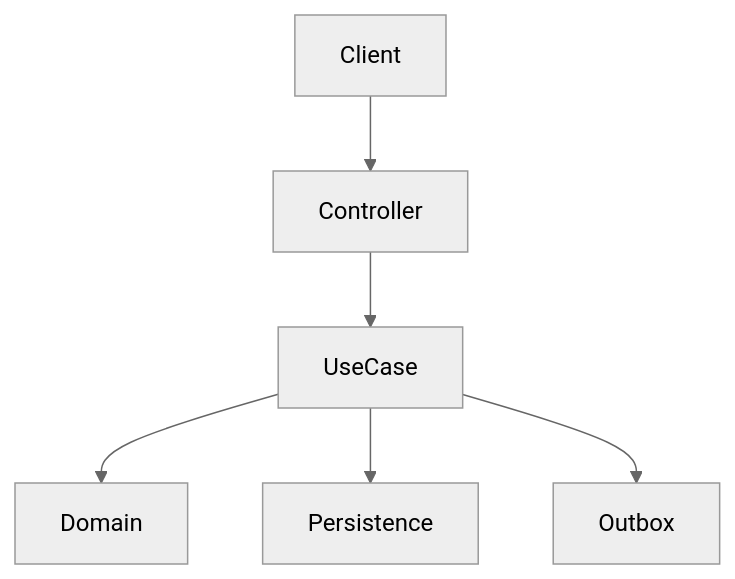
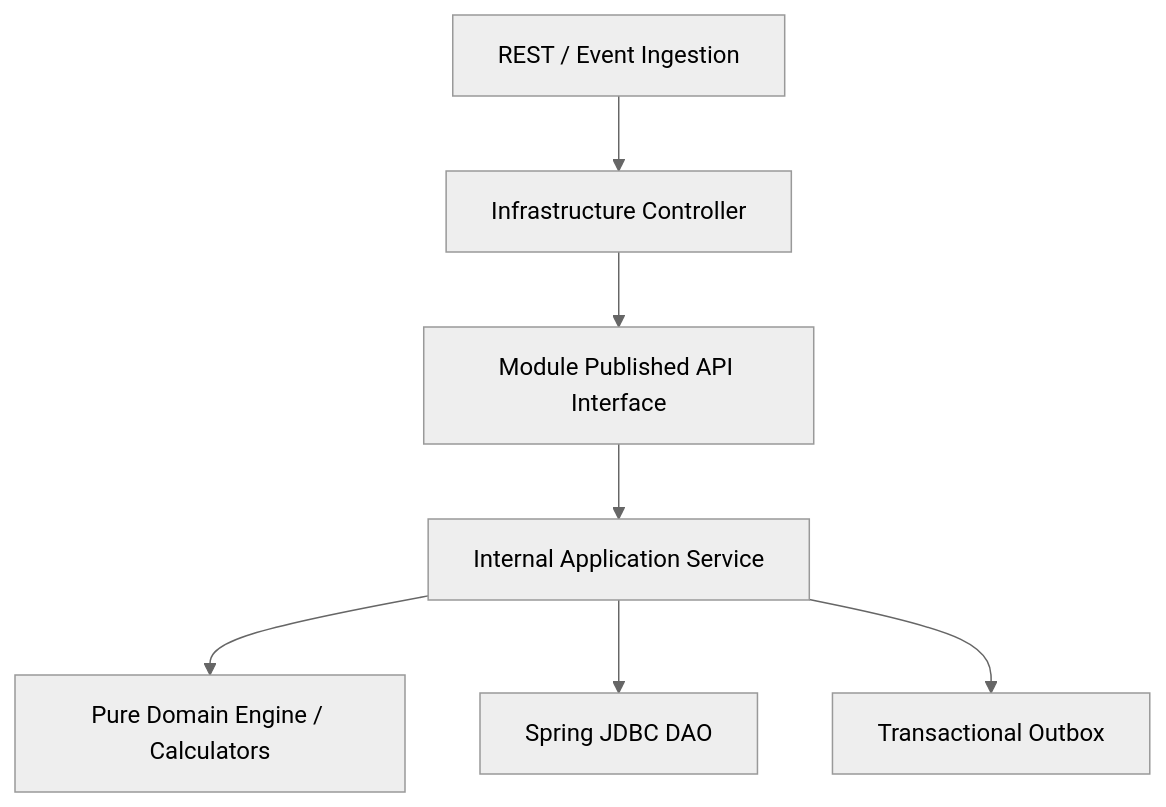
Before and after one commit to kyogoiano/wallet: the diagram in .agents/skills/spec-driven-development/templates/plan-template.md, drawn with Mermaid (neutral theme). The commit also changed other lines of this file and 6 other files, not shown here.

````diff
--- a/.agents/skills/spec-driven-development/templates/plan-template.md
+++ b/.agents/skills/spec-driven-development/templates/plan-template.md
@@ -13,8 +15,9 @@
 ```mermaid
 flowchart TD
-    Client --> Controller
-    Controller --> UseCase
-    UseCase --> Domain
-    UseCase --> Persistence
-    UseCase --> Outbox
+    Client[REST / Event Ingestion] --> Controller[Infrastructure Controller]
+    Controller --> UseCase[Module Published API Interface]
+    UseCase --> Service[Internal Application Service]
+    Service --> Engine[Pure Domain Engine / Calculators]
+    Service --> Persistence[Spring JDBC DAO]
+    Service --> Outbox[Transactional Outbox]
 ```
````
